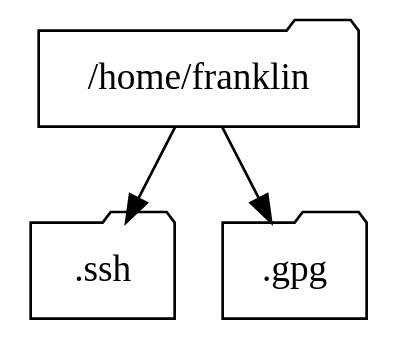
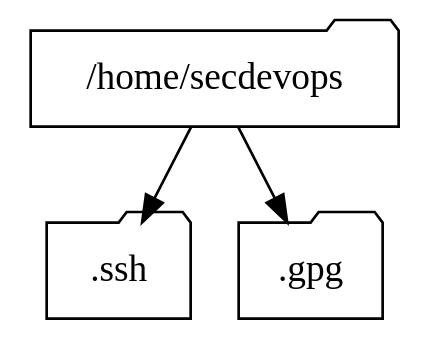
One commit to ajcborges/devsecops-tactical-workbook changed the diagram in docs/_source/setup.rst. Above: the diagram before and after it, drawn with Graphviz. The commit also changed other lines of this file and 18 other files, not shown here.

```diff
--- a/docs/_source/setup.rst
+++ b/docs/_source/setup.rst
@@ -105,11 +129,11 @@
 .. graphviz::
    :caption: File system layout
    :align: center
 
    digraph folders {
-      "/home/franklin" [shape=folder];
+      "/home/secdevops" [shape=folder];
       ".ssh" [shape=folder];
       ".gpg" [shape=folder];
-      "/home/franklin" -> ".ssh";
-      "/home/franklin" -> ".gpg";
+      "/home/secdevops" -> ".ssh";
+      "/home/secdevops" -> ".gpg";
    }
```
